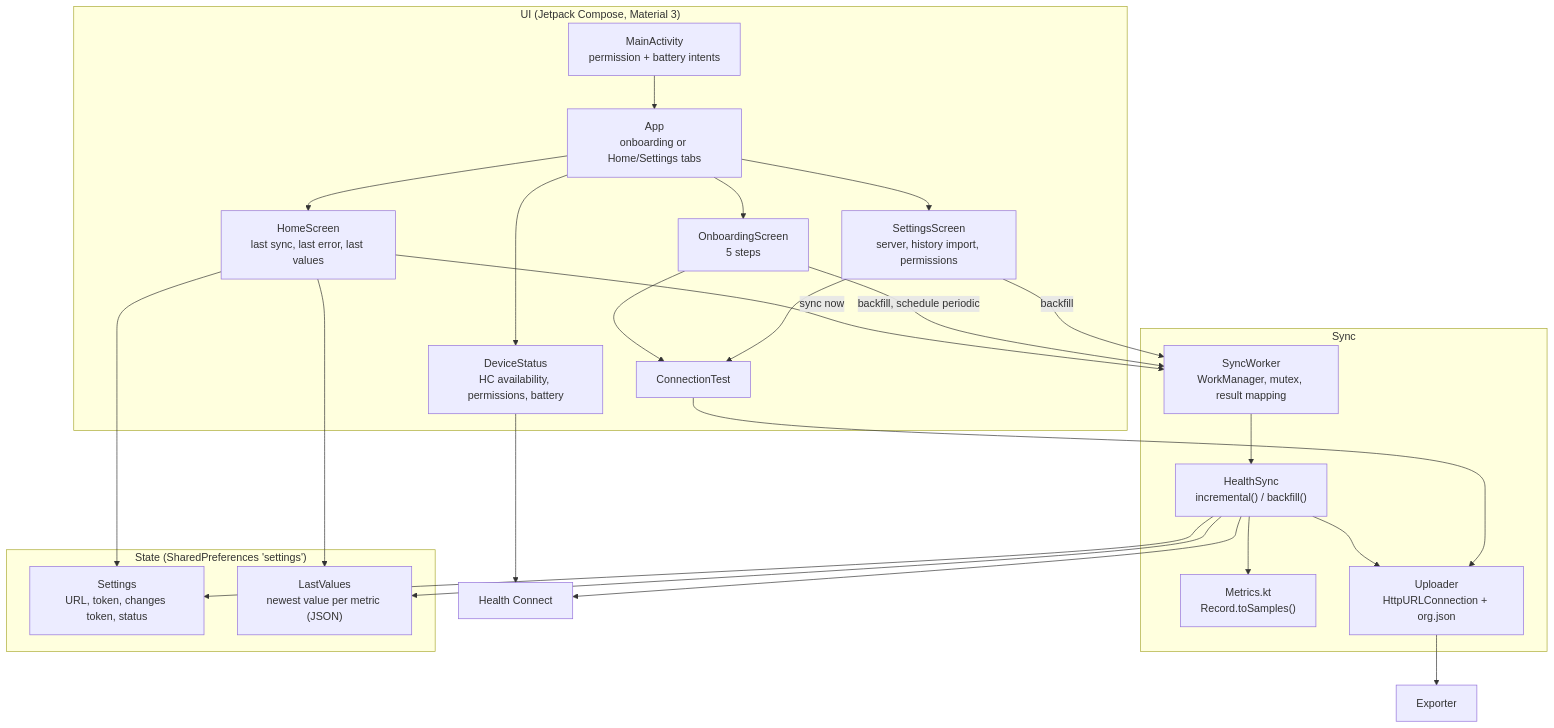
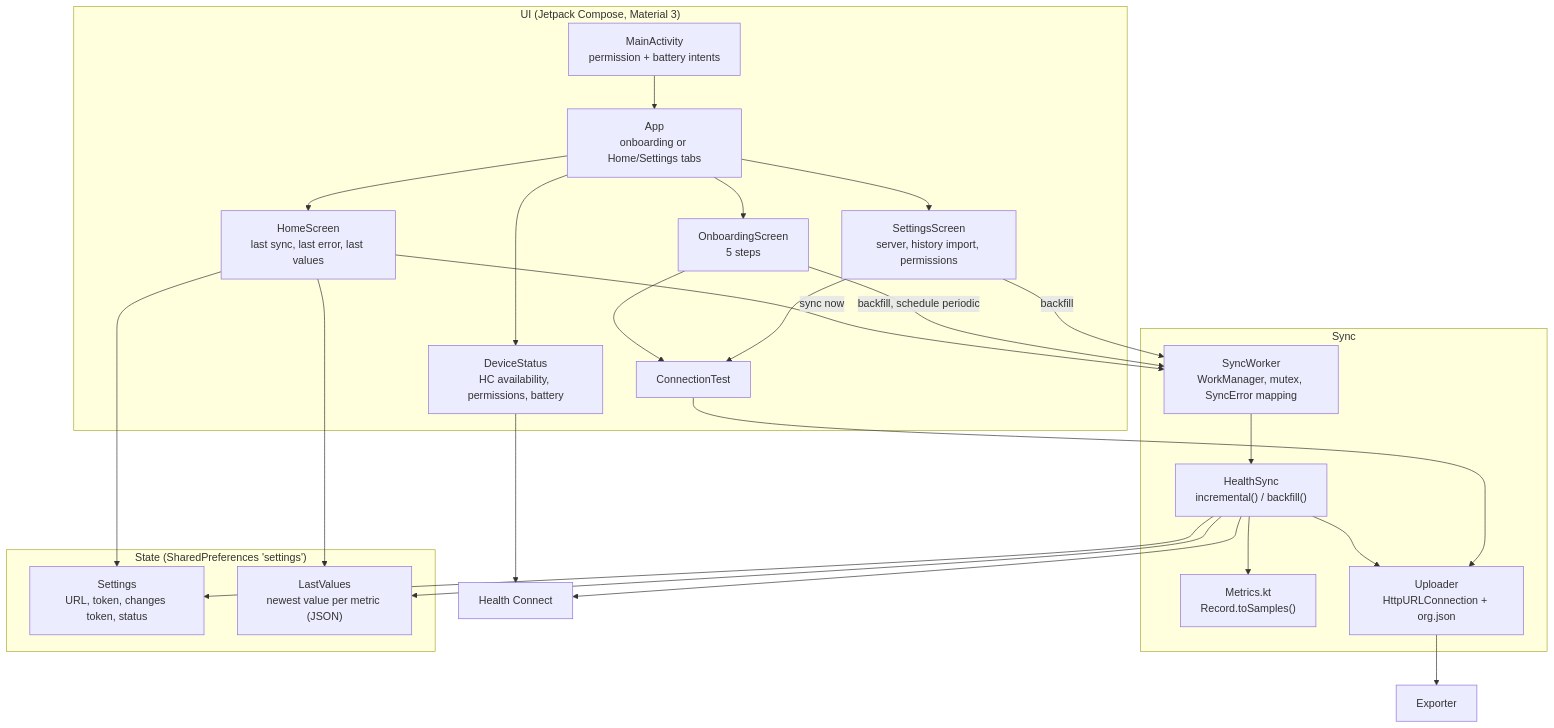
The second of 4 diagrams in docs/architecture.md (MateuxLucax/health-connect-bridge), drawn with Mermaid before and after one commit. The commit also changed other lines of this file and 3 other files, not shown here.

First line of the commit message:
Docs: describe SyncError kinds and the translated UI

````diff
--- a/docs/architecture.md
+++ b/docs/architecture.md
@@ -30,46 +30,46 @@
 ```mermaid
 flowchart TB
     subgraph ui["UI (Jetpack Compose, Material 3)"]
         main["MainActivity<br/>permission + battery intents"]
         appc["App<br/>onboarding or Home/Settings tabs"]
         onb["OnboardingScreen<br/>5 steps"]
         home["HomeScreen<br/>last sync, last error, last values"]
         set["SettingsScreen<br/>server, history import, permissions"]
         ct["ConnectionTest"]
         ds["DeviceStatus<br/>HC availability, permissions, battery"]
     end
     subgraph sync["Sync"]
-        wk["SyncWorker<br/>WorkManager, mutex, result mapping"]
+        wk["SyncWorker<br/>WorkManager, mutex, SyncError mapping"]
         hs["HealthSync<br/>incremental() / backfill()"]
         mt["Metrics.kt<br/>Record.toSamples()"]
         up["Uploader<br/>HttpURLConnection + org.json"]
     end
     subgraph state["State (SharedPreferences 'settings')"]
         st["Settings<br/>URL, token, changes token, status"]
         lv["LastValues<br/>newest value per metric (JSON)"]
     end
     hc["Health Connect"]
     exp["Exporter"]
 
     main --> appc
     appc --> onb
     appc --> home
     appc --> set
     onb --> ct
     set --> ct
     appc --> ds
     home -->|sync now| wk
     onb -->|"backfill, schedule periodic"| wk
     set -->|backfill| wk
     wk --> hs
     hs --> mt
     hs --> up
     hs --> st
     hs --> lv
     hs --> hc
     ds --> hc
     ct --> up
     up --> exp
     home --> st
     home --> lv
 ```
````
